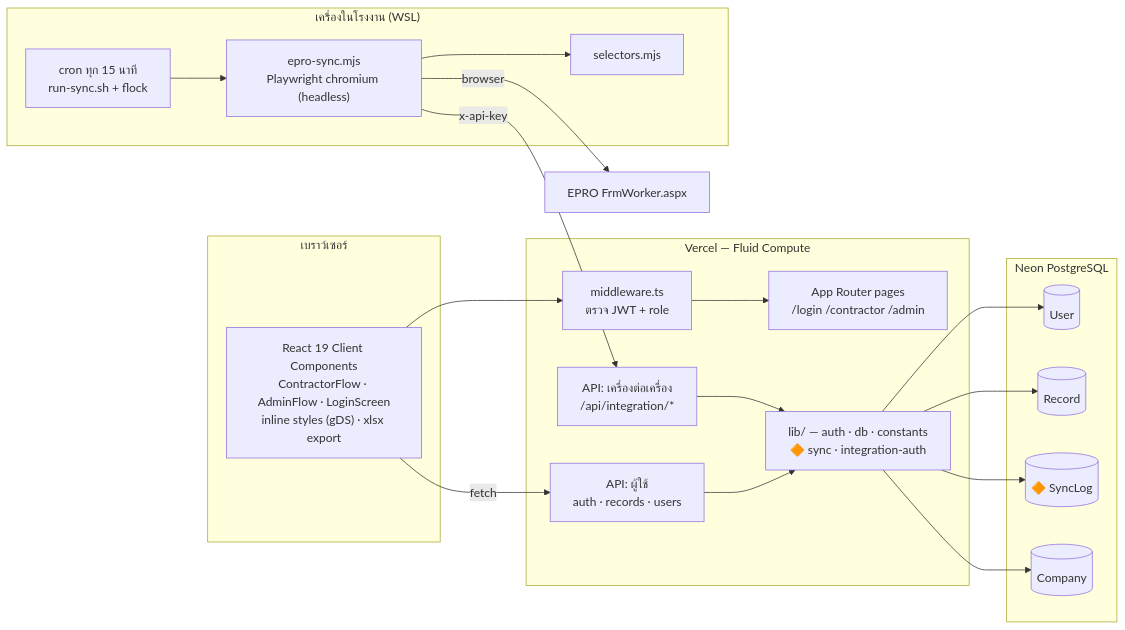
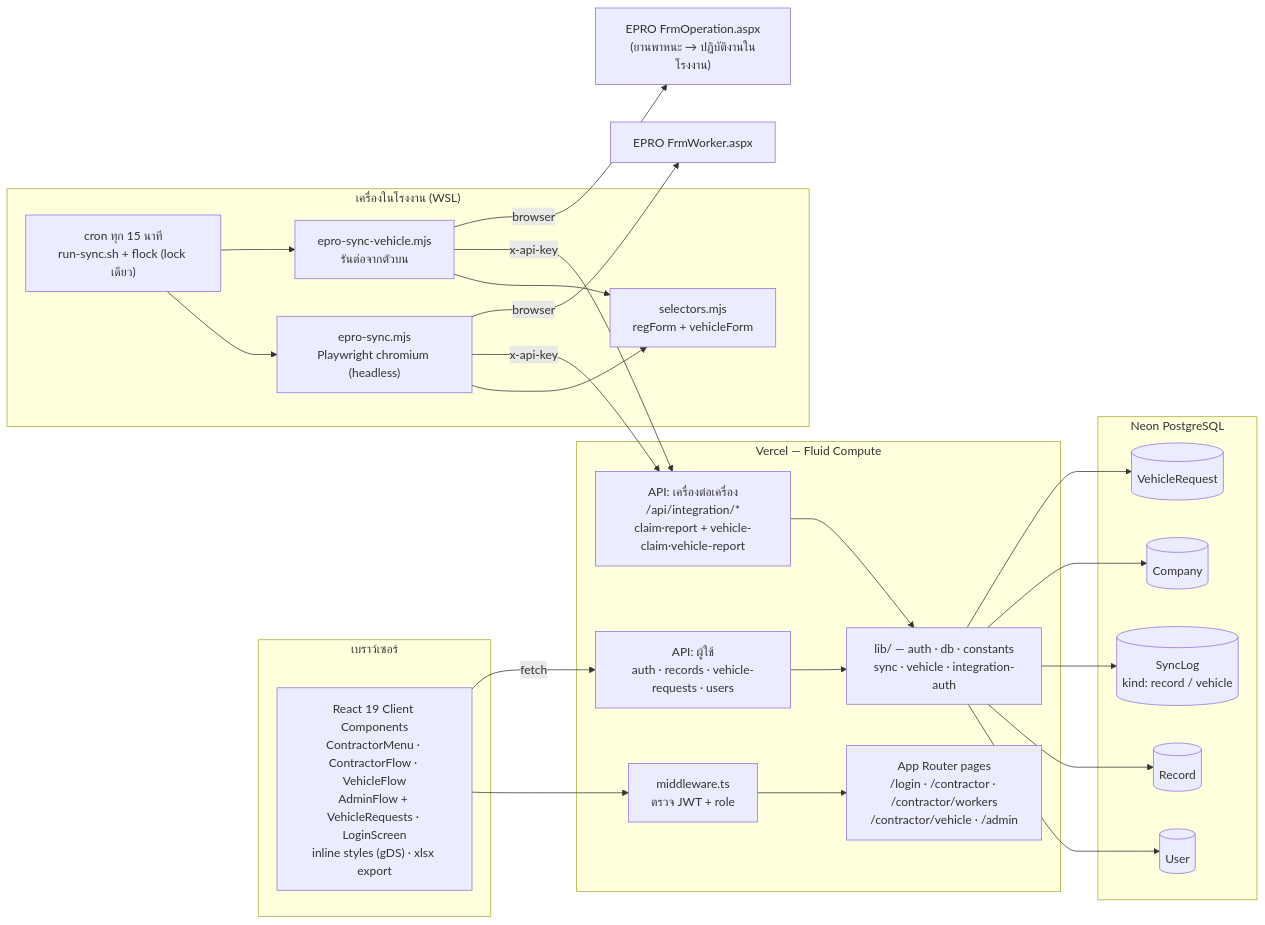
Before and after one commit to Prachya-8bit/Gate-pass-system: the second of 7 diagrams in docs/architecture.md, drawn with Mermaid. The commit also changed other lines of this file and 3 other files, not shown here.

````diff
--- a/docs/architecture.md
+++ b/docs/architecture.md
@@ -42,37 +43,43 @@
 ```mermaid
 graph LR
     subgraph browser["เบราว์เซอร์"]
-        UI["React 19 Client Components<br/>ContractorFlow · AdminFlow · LoginScreen<br/>inline styles (gDS) · xlsx export"]
+        UI["React 19 Client Components<br/>ContractorMenu · ContractorFlow · VehicleFlow<br/>AdminFlow + VehicleRequests · LoginScreen<br/>inline styles (gDS) · xlsx export"]
     end
 
     subgraph vercel["Vercel — Fluid Compute"]
         MW["middleware.ts<br/>ตรวจ JWT + role"]
-        PAGES["App Router pages<br/>/login /contractor /admin"]
-        API1["API: ผู้ใช้<br/>auth · records · users"]
-        API2["API: เครื่องต่อเครื่อง<br/>/api/integration/*"]
-        LIB["lib/ — auth · db · constants<br/>🔶 sync · integration-auth"]
+        PAGES["App Router pages<br/>/login · /contractor · /contractor/workers<br/>/contractor/vehicle · /admin"]
+        API1["API: ผู้ใช้<br/>auth · records · vehicle-requests · users"]
+        API2["API: เครื่องต่อเครื่อง<br/>/api/integration/*<br/>claim·report + vehicle-claim·vehicle-report"]
+        LIB["lib/ — auth · db · constants<br/>sync · vehicle · integration-auth"]
     end
 
     subgraph neon["Neon PostgreSQL"]
         T1[("User")]
         T2[("Record")]
-        T3[("🔶 SyncLog")]
+        T3[("SyncLog<br/>kind: record / vehicle")]
         T4[("Company")]
+        T5[("VehicleRequest")]
     end
 
     subgraph plant["เครื่องในโรงงาน (WSL)"]
-        CRON["cron ทุก 15 นาที<br/>run-sync.sh + flock"]
+        CRON["cron ทุก 15 นาที<br/>run-sync.sh + flock (lock เดียว)"]
         SYNC["epro-sync.mjs<br/>Playwright chromium (headless)"]
-        SEL["selectors.mjs"]
+        SYNCV["epro-sync-vehicle.mjs<br/>รันต่อจากตัวบน"]
+        SEL["selectors.mjs<br/>regForm + vehicleForm"]
     end
 
     EPRO["EPRO FrmWorker.aspx"]
+    EPROV["EPRO FrmOperation.aspx<br/>(ยานพาหนะ → ปฏิบัติงานในโรงงาน)"]
 
     UI --> MW --> PAGES
     UI -->|fetch| API1
-    API1 --> LIB --> T1 & T2 & T3 & T4
+    API1 --> LIB --> T1 & T2 & T3 & T4 & T5
     API2 --> LIB
     CRON --> SYNC --> SEL
+    CRON --> SYNCV --> SEL
     SYNC -->|x-api-key| API2
+    SYNCV -->|x-api-key| API2
     SYNC -->|browser| EPRO
+    SYNCV -->|browser| EPROV
 ```
````
